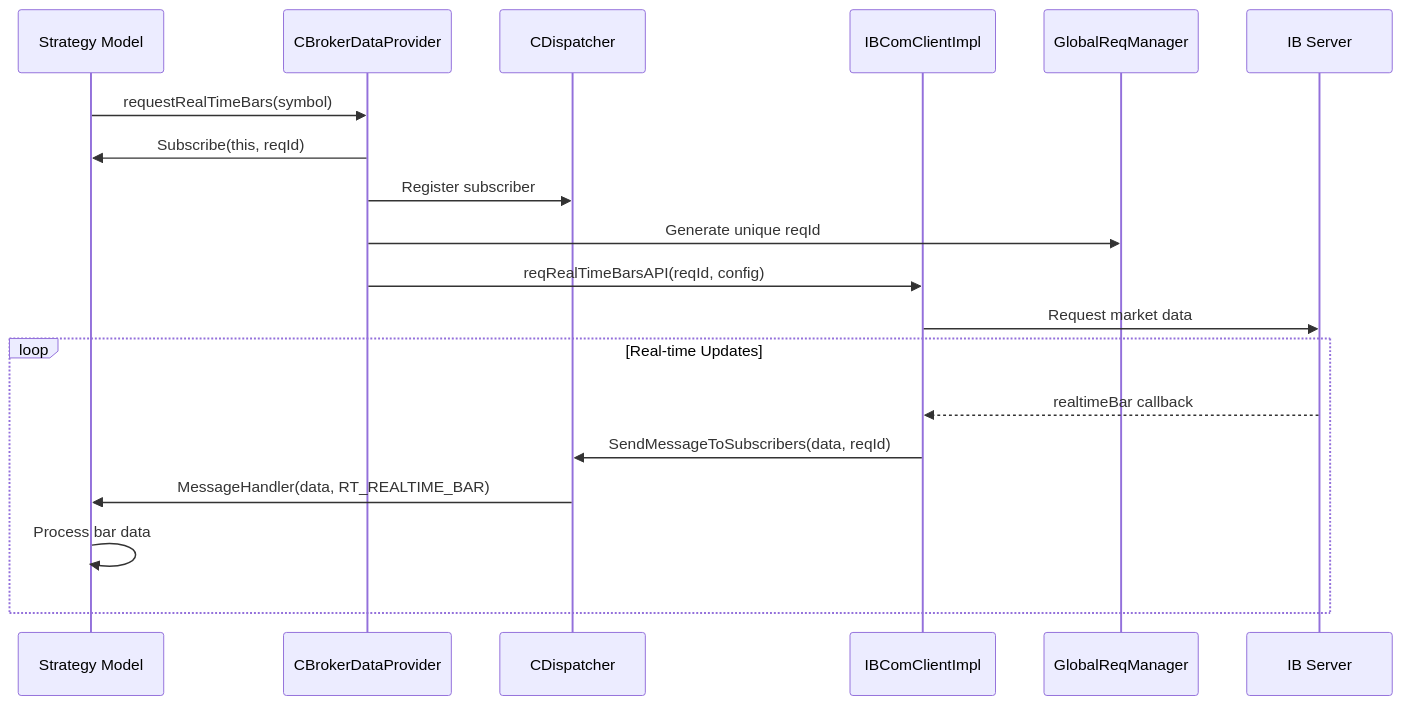
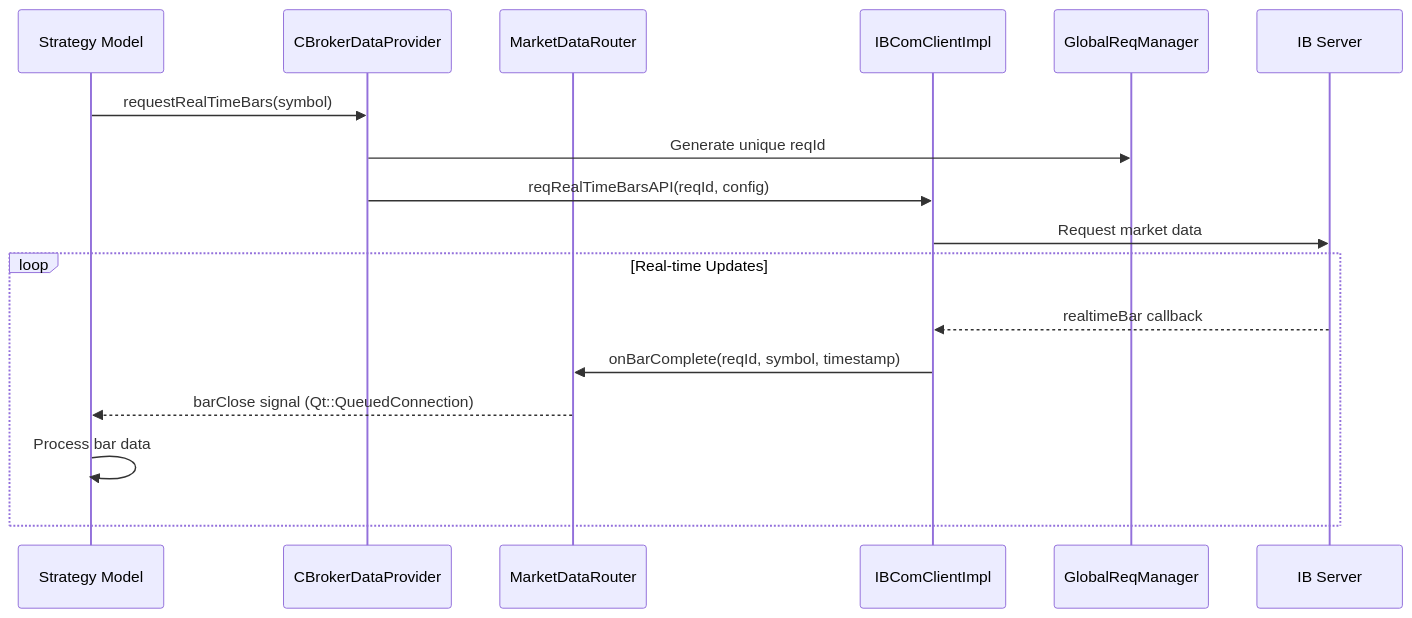
Before and after one commit to CloseToAlgoTrading/IbTradeQtDev: the ninth of 23 diagrams in IbTradeQt/ARCHITECTURE.md, drawn with Mermaid. The commit also changed other lines of this file and 33 other files, not shown here.

````diff
--- a/IbTradeQt/ARCHITECTURE.md
+++ b/IbTradeQt/ARCHITECTURE.md
@@ -594,23 +601,21 @@
 ```mermaid
 sequenceDiagram
     participant Strategy as Strategy Model
     participant Provider as CBrokerDataProvider
-    participant Dispatcher as CDispatcher
+    participant Router as MarketDataRouter
     participant Client as IBComClientImpl
     participant ReqMgr as GlobalReqManager
     participant IB as IB Server
     
     Strategy->>Provider: requestRealTimeBars(symbol)
-    Provider->>Strategy: Subscribe(this, reqId)
-    Provider->>Dispatcher: Register subscriber
     Provider->>ReqMgr: Generate unique reqId
     Provider->>Client: reqRealTimeBarsAPI(reqId, config)
     Client->>IB: Request market data
     
     loop Real-time Updates
         IB-->>Client: realtimeBar callback
-        Client->>Dispatcher: SendMessageToSubscribers(data, reqId)
-        Dispatcher->>Strategy: MessageHandler(data, RT_REALTIME_BAR)
+        Client->>Router: onBarComplete(reqId, symbol, timestamp)
+        Router-->>Strategy: barClose signal (Qt::QueuedConnection)
         Strategy->>Strategy: Process bar data
     end
 ```
````
